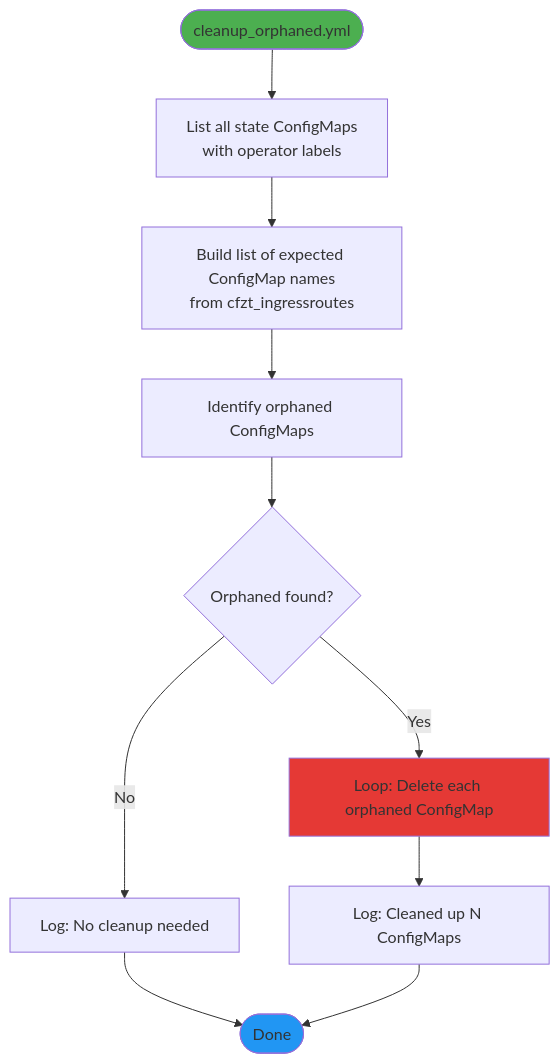
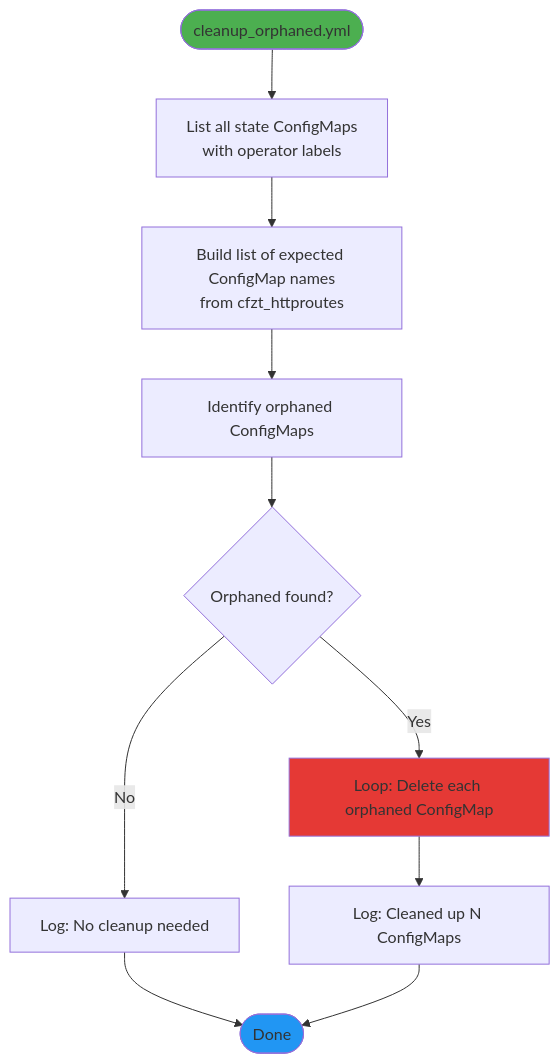
Before and after one commit to wheetazlab/cloudflare-zero-trust-operator: the ninth of 20 diagrams in docs/flow.md, drawn with Mermaid. The commit also changed other lines of this file and 24 other files, not shown here.

````diff
--- a/docs/flow.md
+++ b/docs/flow.md
@@ -621,22 +621,22 @@
 ```mermaid
 flowchart TD
     START([cleanup_orphaned.yml]) --> LIST_CM[List all state ConfigMaps<br/>with operator labels]
     
-    LIST_CM --> BUILD_EXPECTED[Build list of expected ConfigMap names<br/>from cfzt_ingressroutes]
+    LIST_CM --> BUILD_EXPECTED[Build list of expected ConfigMap names<br/>from cfzt_httproutes]
     
     BUILD_EXPECTED --> COMPARE[Identify orphaned ConfigMaps]
     
     COMPARE --> CHECK{Orphaned found?}
     
     CHECK -->|No| LOG_NONE[Log: No cleanup needed]
     CHECK -->|Yes| DELETE[Loop: Delete each orphaned ConfigMap]
     
     DELETE --> LOG_CLEANUP[Log: Cleaned up N ConfigMaps]
     
     LOG_NONE --> END([Done])
     LOG_CLEANUP --> END
     
     style START fill:#4CAF50
     style DELETE fill:#E53935
     style END fill:#2196F3
 ```
````
